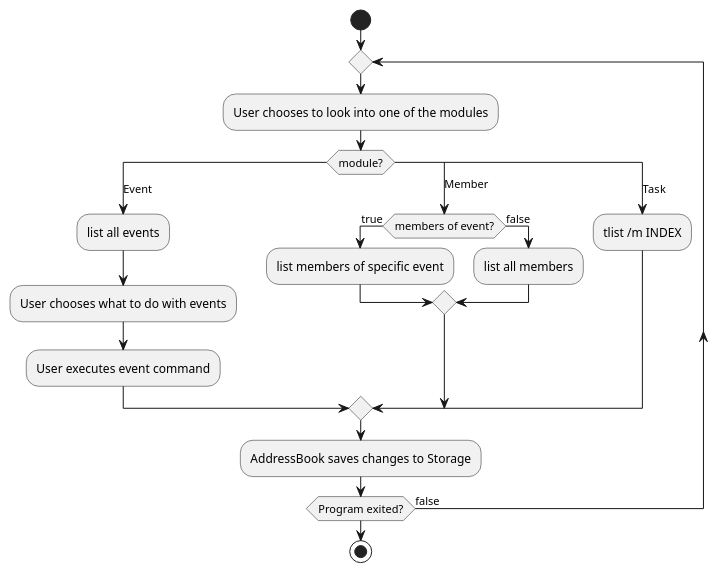
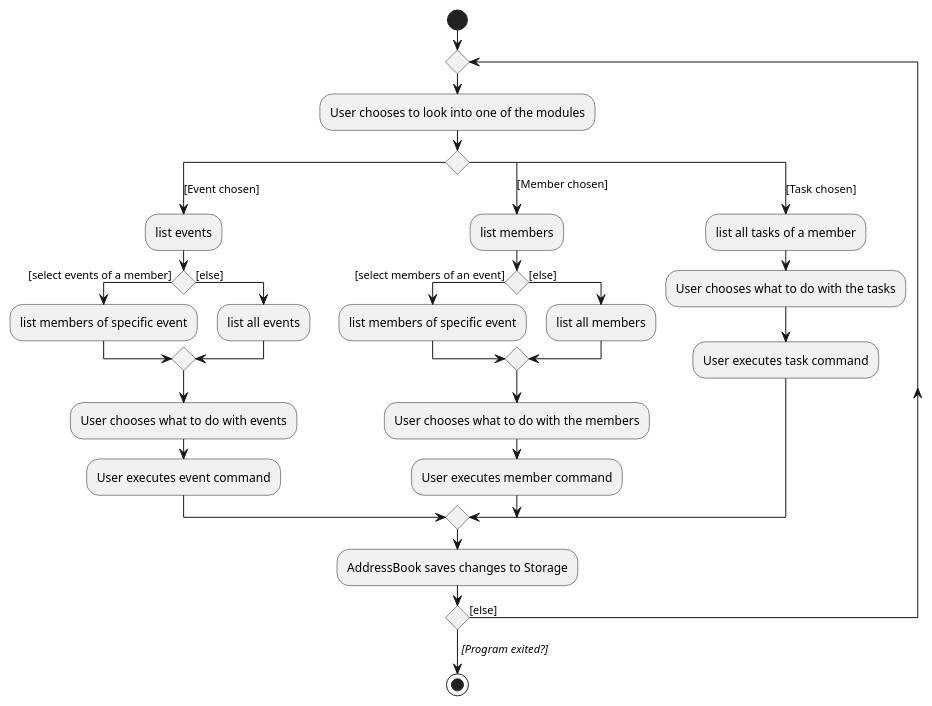
The diagram in docs/diagrams/CommandActivityDiagram.puml (nus-cs2103-AY2122S1/tp), drawn with PlantUML before and after one commit. The commit also changed 3 other files, not shown here.

```diff
--- a/docs/diagrams/CommandActivityDiagram.puml
+++ b/docs/diagrams/CommandActivityDiagram.puml
@@ -1,22 +1,33 @@
 @startuml
 start
 repeat
 :User chooses to look into one of the modules;
-switch (module?)
-case (Event)
-    :list all events;
+switch ()
+case ([Event chosen])
+    :list events;
+    if () then ([select events of a member])
+        :list members of specific event;
+    else ([else])
+        :list all events;
+    endif
     :User chooses what to do with events;
     :User executes event command;
-case (Member)
-    if (members of event?) then (true)
+case ([Member chosen])
+    :list members;
+    if () then ([select members of an event])
         :list members of specific event;
-    else (false)
+    else ([else])
         :list all members;
     endif
-case (Task)
-    :tlist /m INDEX;
+    :User chooses what to do with the members;
+    :User executes member command;
+case ([Task chosen])
+    :list all tasks of a member;
+    :User chooses what to do with the tasks;
+    :User executes task command;
 endswitch
-    :AddressBook saves changes to Storage;
-repeat while (Program exited?) is (false)
+:AddressBook saves changes to Storage;
+repeat while () is ([else])
+->//[Program exited?]//;
 stop
 @enduml
```
